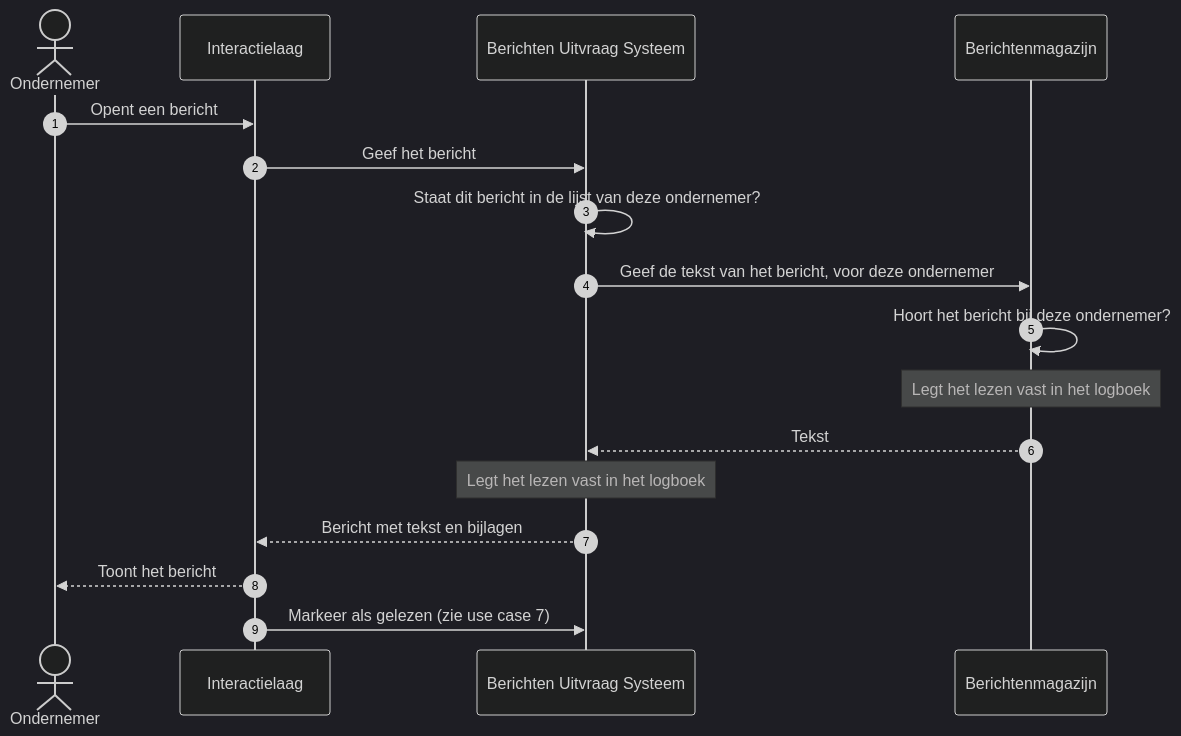
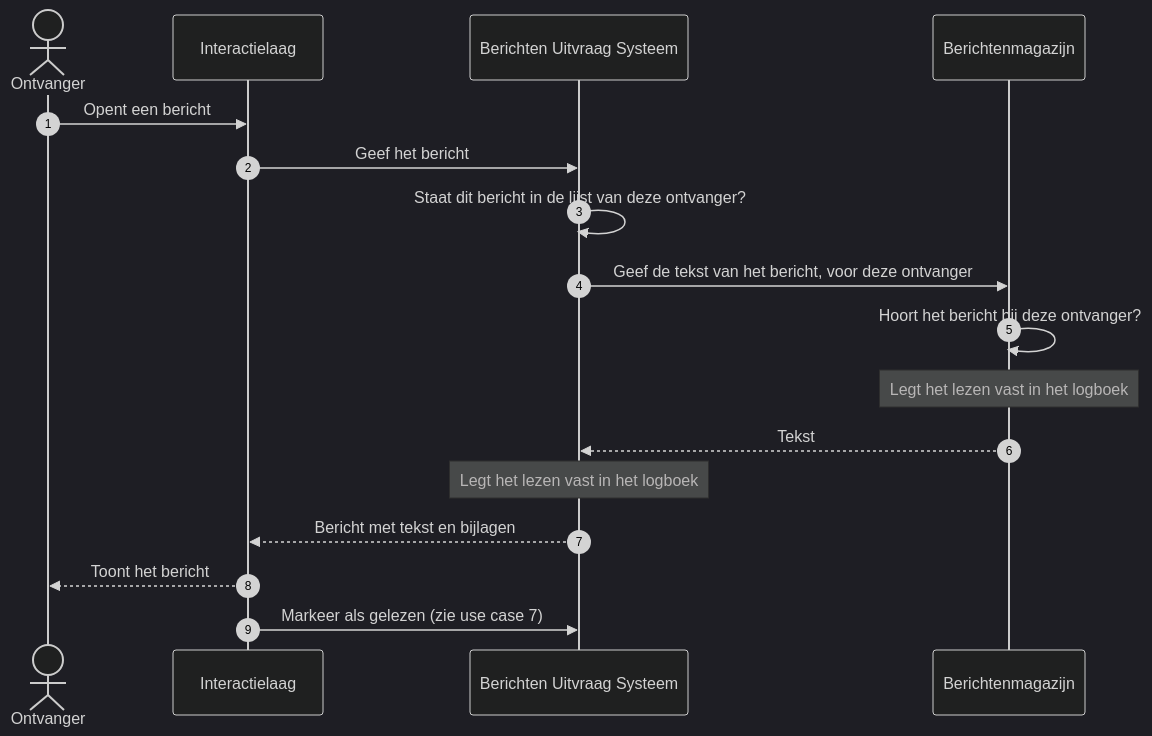
The diagram in docs/architecture/workspace-docs/09-uc5-bericht-lezen.md (MinBZK/moza-poc-fbs-berichtenbox), drawn with Mermaid (dark theme) before and after one commit. The commit also changed other lines of this file and 15 other files, not shown here.

First line of the commit message:
docs(architectuur): use cases generiek voor burgers en ondernemers

````diff
--- a/docs/architecture/workspace-docs/09-uc5-bericht-lezen.md
+++ b/docs/architecture/workspace-docs/09-uc5-bericht-lezen.md
@@ -26,20 +26,20 @@
 ```mermaid
 sequenceDiagram
     autonumber
-    actor OND as Ondernemer
+    actor ONT as Ontvanger
     participant IL as Interactielaag
     participant FBS as Berichten Uitvraag Systeem
     participant MAG as Berichtenmagazijn
 
-    OND->>IL: Opent een bericht
+    ONT->>IL: Opent een bericht
     IL->>FBS: Geef het bericht
-    FBS->>FBS: Staat dit bericht in de lijst van deze ondernemer?
-    FBS->>MAG: Geef de tekst van het bericht, voor deze ondernemer
-    MAG->>MAG: Hoort het bericht bij deze ondernemer?
+    FBS->>FBS: Staat dit bericht in de lijst van deze ontvanger?
+    FBS->>MAG: Geef de tekst van het bericht, voor deze ontvanger
+    MAG->>MAG: Hoort het bericht bij deze ontvanger?
     Note over MAG: Legt het lezen vast in het logboek
     MAG-->>FBS: Tekst
     Note over FBS: Legt het lezen vast in het logboek
     FBS-->>IL: Bericht met tekst en bijlagen
-    IL-->>OND: Toont het bericht
+    IL-->>ONT: Toont het bericht
     IL->>FBS: Markeer als gelezen (zie use case 7)
 ```
````
